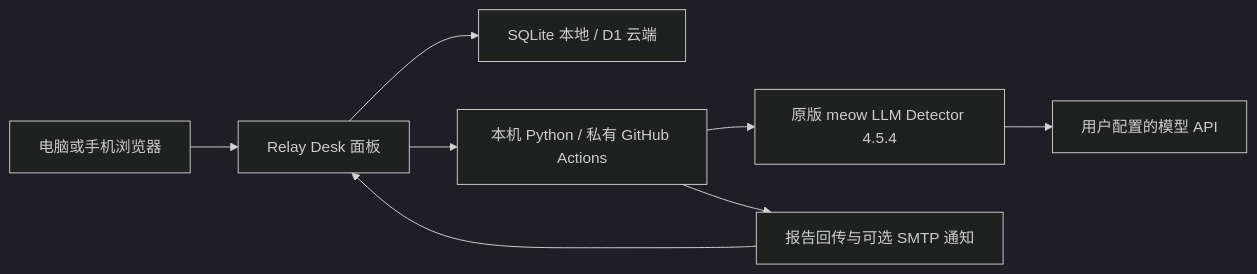
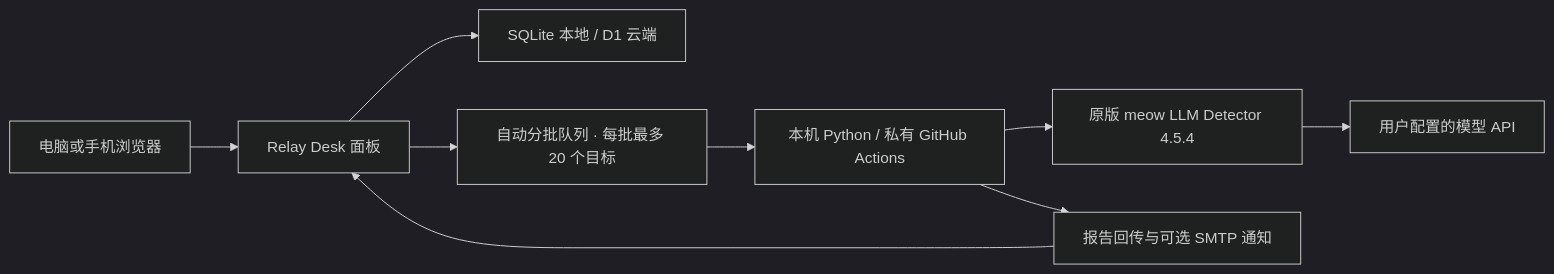
Before and after one commit to nethyzz/relay-desk-public: the diagram in README.md, drawn with Mermaid (dark theme). The commit also changed other lines of this file and 24 other files, not shown here.

````diff
--- a/README.md
+++ b/README.md
@@ -34,10 +37,11 @@
 ```mermaid
 flowchart LR
     Browser[电脑或手机浏览器] --> Panel[Relay Desk 面板]
     Panel --> Database[SQLite 本地 / D1 云端]
-    Panel --> Runner[本机 Python / 私有 GitHub Actions]
+    Panel --> Queue[自动分批队列 · 每批最多 20 个目标]
+    Queue --> Runner[本机 Python / 私有 GitHub Actions]
     Runner --> Engine[原版 meow LLM Detector 4.5.4]
     Engine --> Provider[用户配置的模型 API]
     Runner --> Reports[报告回传与可选 SMTP 通知]
     Reports --> Panel
 ```
````
